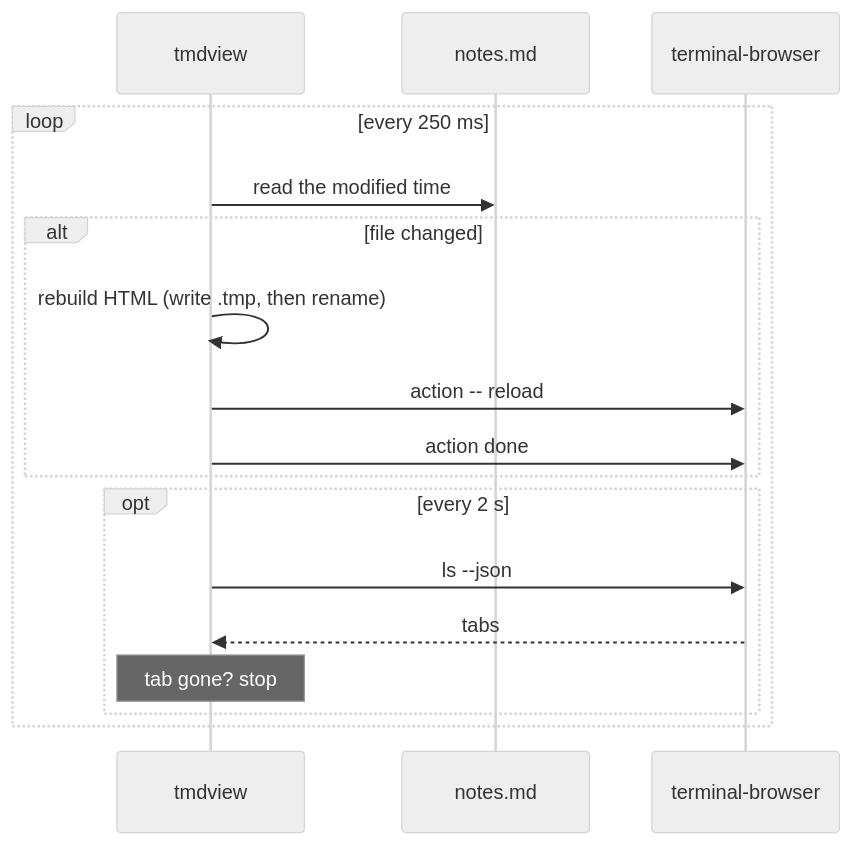
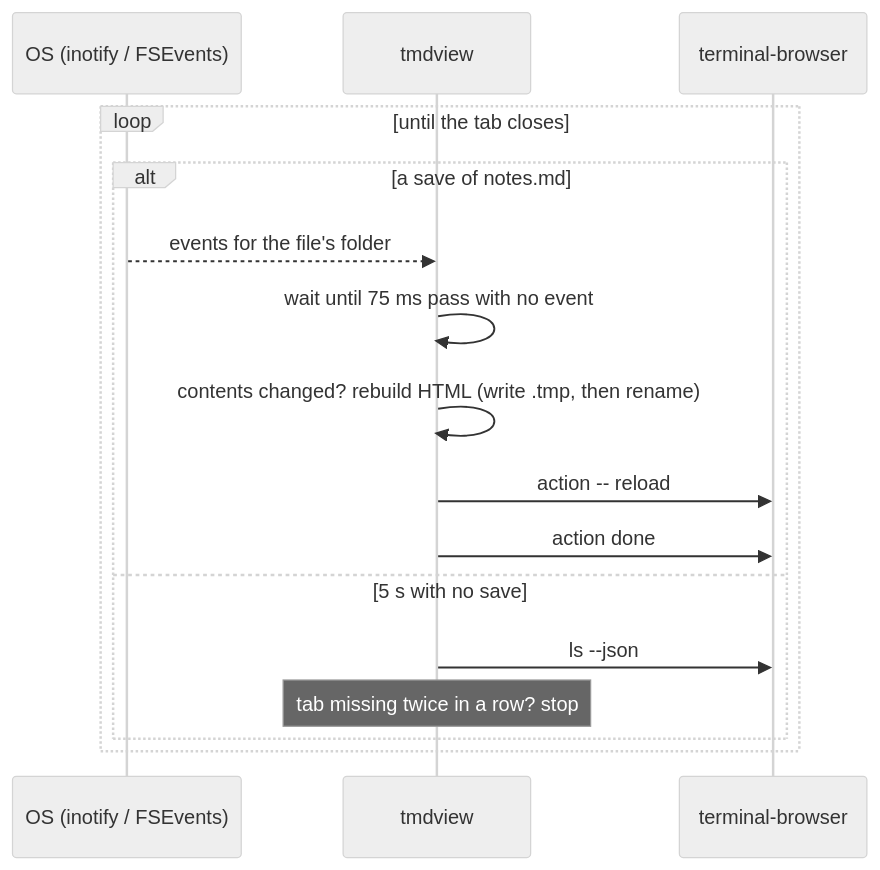
One commit to slara/terminal-markdown-renderer changed the second of 2 diagrams in docs/ARCHITECTURE.md. Above: the diagram before and after it, drawn with Mermaid (neutral theme). The commit also changed other lines of this file and 8 other files, not shown here.

First line of the commit message:
Reload the page on every save, using OS file events

````diff
--- a/docs/ARCHITECTURE.md
+++ b/docs/ARCHITECTURE.md
@@ -190,19 +196,18 @@
 ```mermaid
 sequenceDiagram
+    participant O as OS (inotify / FSEvents)
     participant T as tmdview
-    participant F as notes.md
     participant B as terminal-browser
-    loop every 250 ms
-        T->>F: read the modified time
-        alt file changed
-            T->>T: rebuild HTML (write .tmp, then rename)
+    loop until the tab closes
+        alt a save of notes.md
+            O-->>T: events for the file's folder
+            T->>T: wait until 75 ms pass with no event
+            T->>T: contents changed? rebuild HTML (write .tmp, then rename)
             T->>B: action -- reload
             T->>B: action done
-        end
-        opt every 2 s
+        else 5 s with no save
             T->>B: ls --json
-            B-->>T: tabs
-            Note over T: tab gone? stop
+            Note over T: tab missing twice in a row? stop
         end
     end
 ```
````
